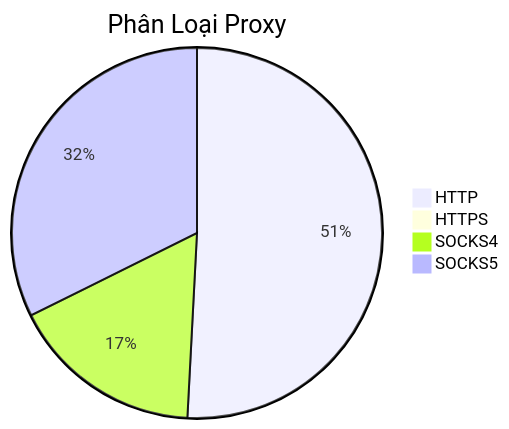
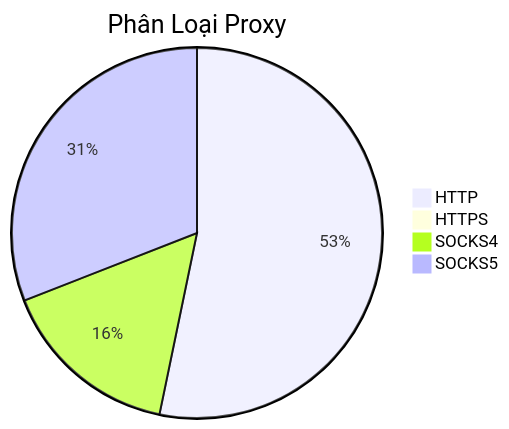
One commit to Ciara-Aa/PROXY-free changed the diagram in README.md. Above: the diagram before and after it, drawn with Mermaid. The commit also changed other lines of this file and 4 other files, not shown here.

````diff
--- a/README.md
+++ b/README.md
@@ -26,7 +26,7 @@
 ```mermaid
 pie title Phân Loại Proxy
-    "HTTP" : 338
-    "HTTPS" : 3
+    "HTTP" : 377
+    "HTTPS" : 4
     "SOCKS4" : 112
-    "SOCKS5" : 215
+    "SOCKS5" : 219
 ```
````
